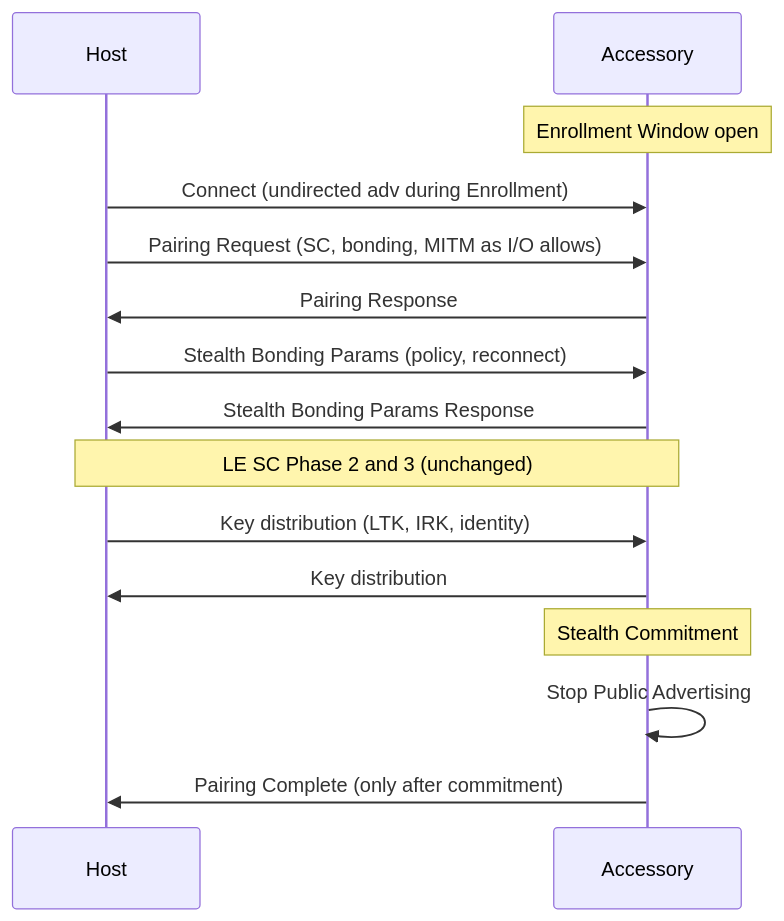
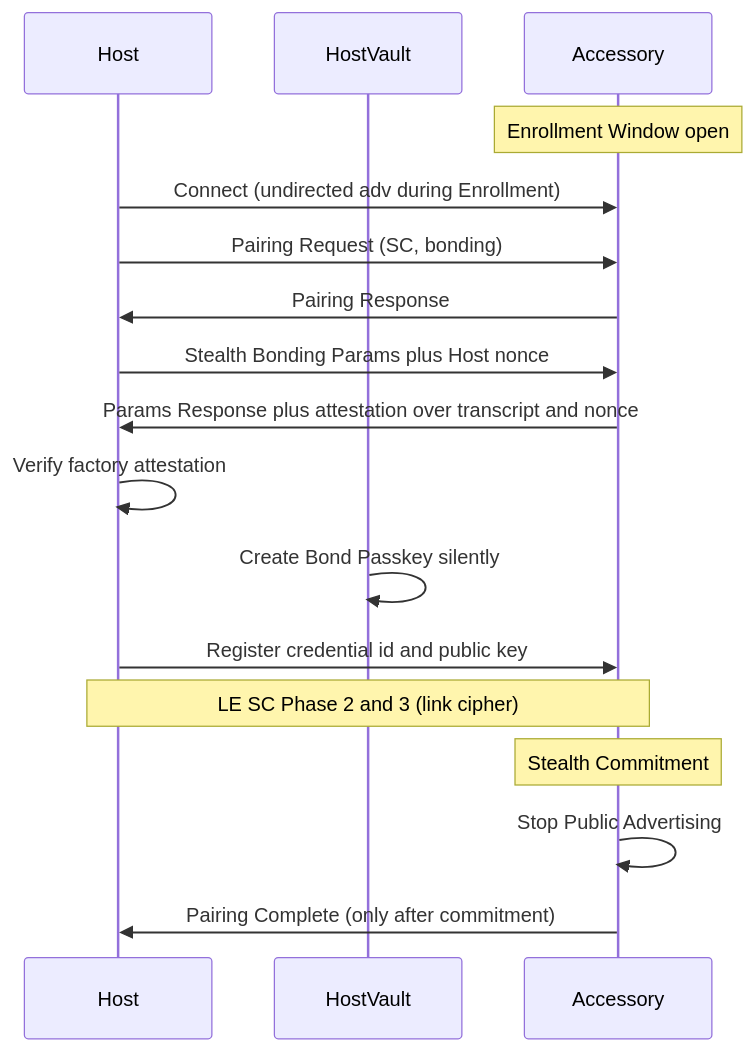
The second of 2 diagrams in docs/spec/stealth-bonding.md (SmokedMeats/IoTPassKey), drawn with Mermaid before and after one commit. The commit also changed other lines of this file and 19 other files, not shown here.

First line of the commit message:
Add factory attestation and assertion logic to the simulator.

````diff
--- a/docs/spec/stealth-bonding.md
+++ b/docs/spec/stealth-bonding.md
@@ -327,17 +354,19 @@
 ```mermaid
 sequenceDiagram
     participant H as Host
+    participant V as HostVault
     participant A as Accessory
     Note over A: Enrollment Window open
     H->>A: Connect (undirected adv during Enrollment)
-    H->>A: Pairing Request (SC, bonding, MITM as I/O allows)
+    H->>A: Pairing Request (SC, bonding)
     A->>H: Pairing Response
-    H->>A: Stealth Bonding Params (policy, reconnect)
-    A->>H: Stealth Bonding Params Response
-    Note over H,A: LE SC Phase 2 and 3 (unchanged)
-    H->>A: Key distribution (LTK, IRK, identity)
-    A->>H: Key distribution
+    H->>A: Stealth Bonding Params plus Host nonce
+    A->>H: Params Response plus attestation over transcript and nonce
+    H->>H: Verify factory attestation
+    V->>V: Create Bond Passkey silently
+    H->>A: Register credential id and public key
+    Note over H,A: LE SC Phase 2 and 3 (link cipher)
     Note over A: Stealth Commitment
     A->>A: Stop Public Advertising
     A->>H: Pairing Complete (only after commitment)
 ```
````
